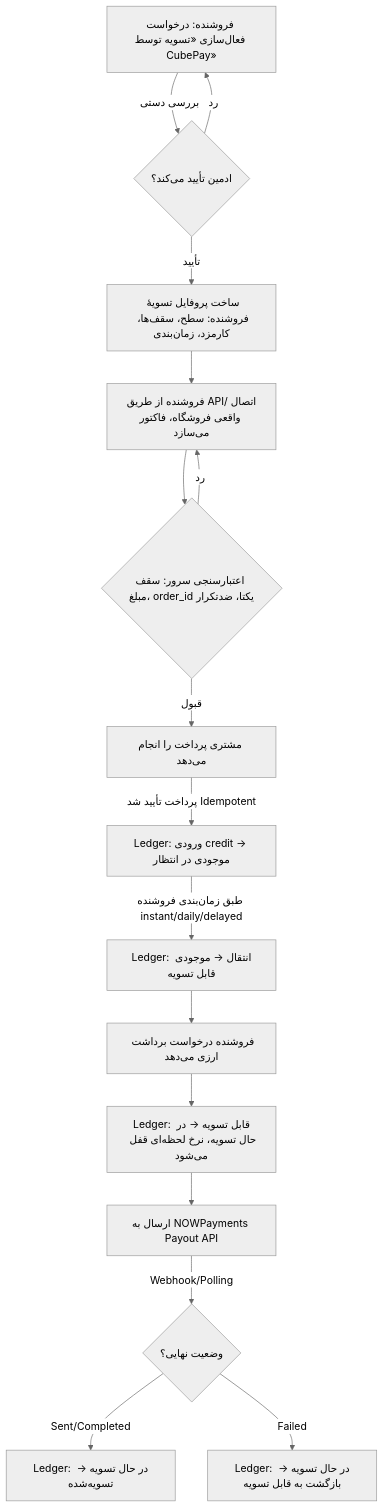
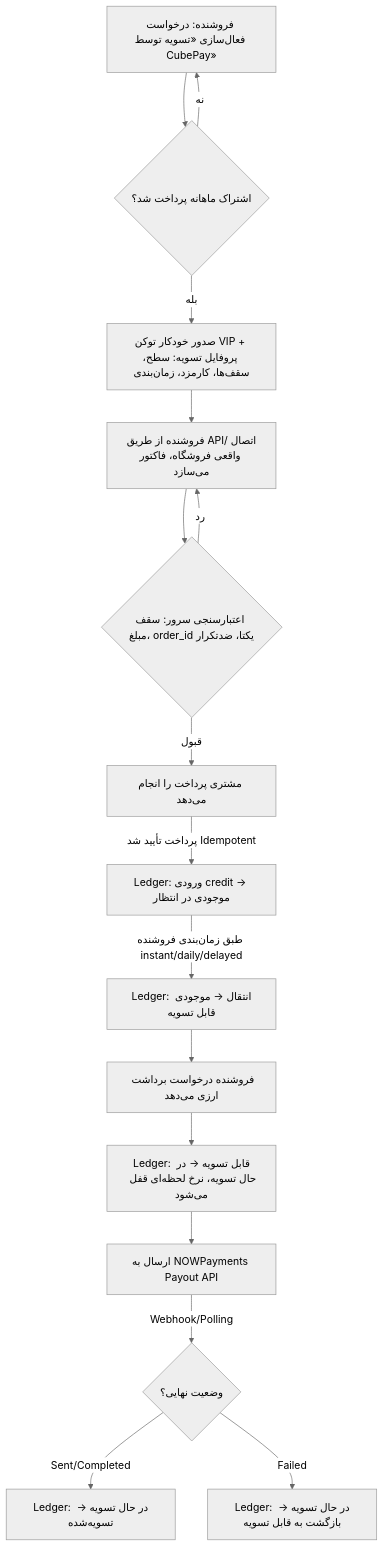
Before and after one commit to cubepy/cubepay-doc: the diagram in docs/MANAGED-SETTLEMENT-ARCHITECTURE.md, drawn with Mermaid (neutral theme). The commit also changed other lines of this file and 4 other files, not shown here.

First line of the commit message:
Update CubePay VIP docs to match the shipped implementation

````diff
--- a/docs/MANAGED-SETTLEMENT-ARCHITECTURE.md
+++ b/docs/MANAGED-SETTLEMENT-ARCHITECTURE.md
@@ -69,18 +69,18 @@
 ```mermaid
 flowchart TD
-    A[فروشنده: درخواست فعال‌سازی «تسویه توسط CubePay»] -->|بررسی دستی| B{ادمین تأیید می‌کند؟}
-    B -->|رد| A
-    B -->|تأیید| C[ساخت پروفایل تسویهٔ فروشنده: سطح، سقف‌ها، کارمزد، زمان‌بندی]
+    A[فروشنده: درخواست فعال‌سازی «تسویه توسط CubePay»] --> B{اشتراک ماهانه پرداخت شد؟}
+    B -->|نه| A
+    B -->|بله| C[صدور خودکار توکن VIP + پروفایل تسویه: سطح، سقف‌ها، کارمزد، زمان‌بندی]
     C --> D[فروشنده از طریق API/اتصال واقعی فروشگاه، فاکتور می‌سازد]
     D --> E{اعتبارسنجی سرور: سقف مبلغ، order_id یکتا، ضدتکرار}
     E -->|رد| D
     E -->|قبول| F[مشتری پرداخت را انجام می‌دهد]
     F -->|پرداخت تأیید شد Idempotent| G[Ledger: ورودی credit → موجودی در انتظار]
     G -->|طبق زمان‌بندی فروشنده instant/daily/delayed| H[Ledger: انتقال → موجودی قابل تسویه]
     H --> I[فروشنده درخواست برداشت ارزی می‌دهد]
     I --> J[Ledger: قابل تسویه → در حال تسویه، نرخ لحظه‌ای قفل می‌شود]
     J --> K[ارسال به NOWPayments Payout API]
     K -->|Webhook/Polling| L{وضعیت نهایی؟}
     L -->|Sent/Completed| M[Ledger: در حال تسویه → تسویه‌شده]
     L -->|Failed| N[Ledger: در حال تسویه → بازگشت به قابل تسویه]
 ```
````
